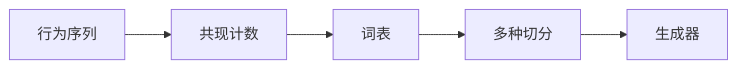
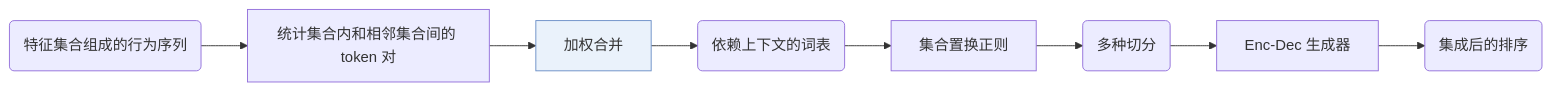
One commit to Galaxy-ghost/Awesome-SID-Generative-Rec changed the diagram in notes/zh/actionpiece.md. Above: the diagram before and after it, drawn with Mermaid. The commit also changed 521 other files, not shown here.

Commit message:
writer-04 part 3: algorithm diagrams with shared shape conventions, README hero and paper cards, archive removed

````diff
--- a/notes/zh/actionpiece.md
+++ b/notes/zh/actionpiece.md
@@ -9,7 +9,11 @@
 ```mermaid
 flowchart LR
-    A[行为序列] --> B[共现计数]
-    B --> C[词表]
-    C --> D[多种切分]
-    D --> E[生成器]
+    A("特征集合组成的行为序列") --> B["统计集合内和相邻集合间的 token 对"]
+    B --> C["加权合并"]:::key
+    C --> D("依赖上下文的词表")
+    D --> E["集合置换正则"]
+    E --> F("多种切分")
+    F --> G["Enc-Dec 生成器"]
+    G --> H("集成后的排序")
+    classDef key fill:#eaf2fb,stroke:#6b8fc7
 ```
````
